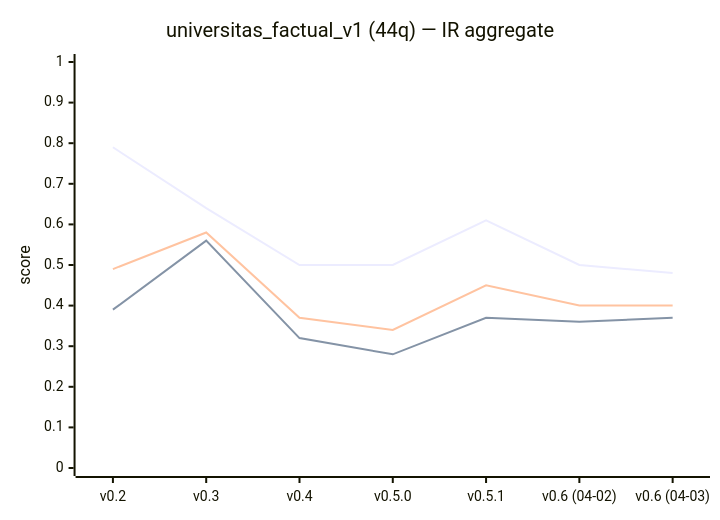
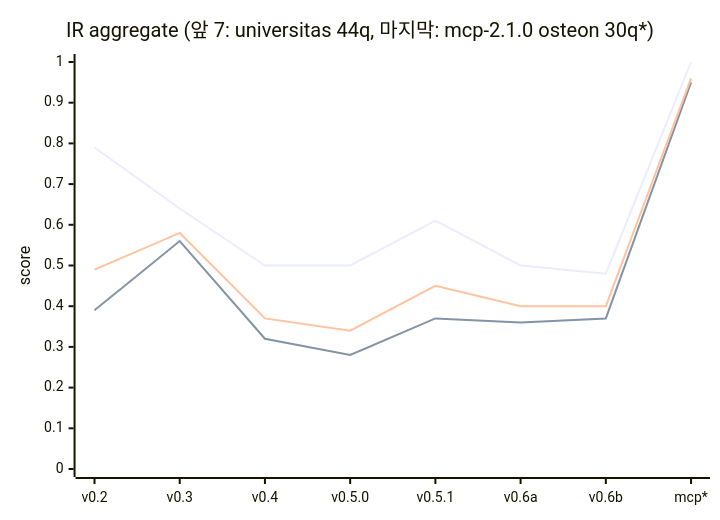
The diagram in doc/rag-test-reports/README.md (tojiuni/gopedia), drawn with Mermaid before and after one commit. The commit also changed other lines of this file, not shown here.

First line of the commit message:
docs(rag-reports): add mcp-2.1.0 to unified IR xychart (8th point)

````diff
--- a/doc/rag-test-reports/README.md
+++ b/doc/rag-test-reports/README.md
@@ -123,9 +102,9 @@
 ```mermaid
 xychart-beta
-    title "universitas_factual_v1 (44q) — IR aggregate"
-    x-axis [v0.2, v0.3, v0.4, "v0.5.0", "v0.5.1", "v0.6 (04-02)", "v0.6 (04-03)"]
+    title "IR aggregate (앞 7: universitas 44q, 마지막: mcp-2.1.0 osteon 30q*)"
+    x-axis [v0.2, v0.3, v0.4, "v0.5.0", "v0.5.1", "v0.6a", "v0.6b", "mcp*"]
     y-axis "score" 0.0 --> 1.0
-    line [0.79, 0.64, 0.50, 0.50, 0.61, 0.50, 0.48]
-    line [0.39, 0.56, 0.32, 0.28, 0.37, 0.36, 0.37]
-    line [0.49, 0.58, 0.37, 0.34, 0.45, 0.40, 0.40]
+    line [0.79, 0.64, 0.50, 0.50, 0.61, 0.50, 0.48, 1.00]
+    line [0.39, 0.56, 0.32, 0.28, 0.37, 0.36, 0.37, 0.95]
+    line [0.49, 0.58, 0.37, 0.34, 0.45, 0.40, 0.40, 0.96]
 ```
````
